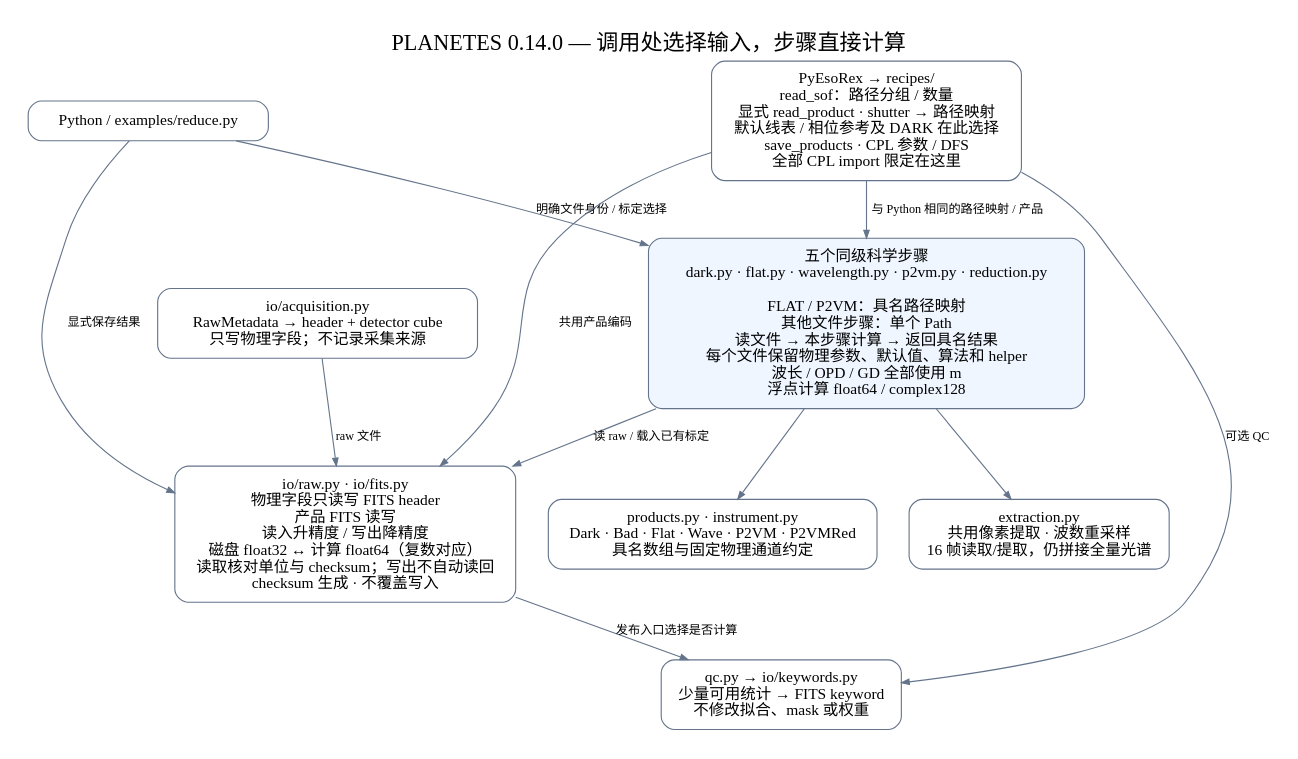
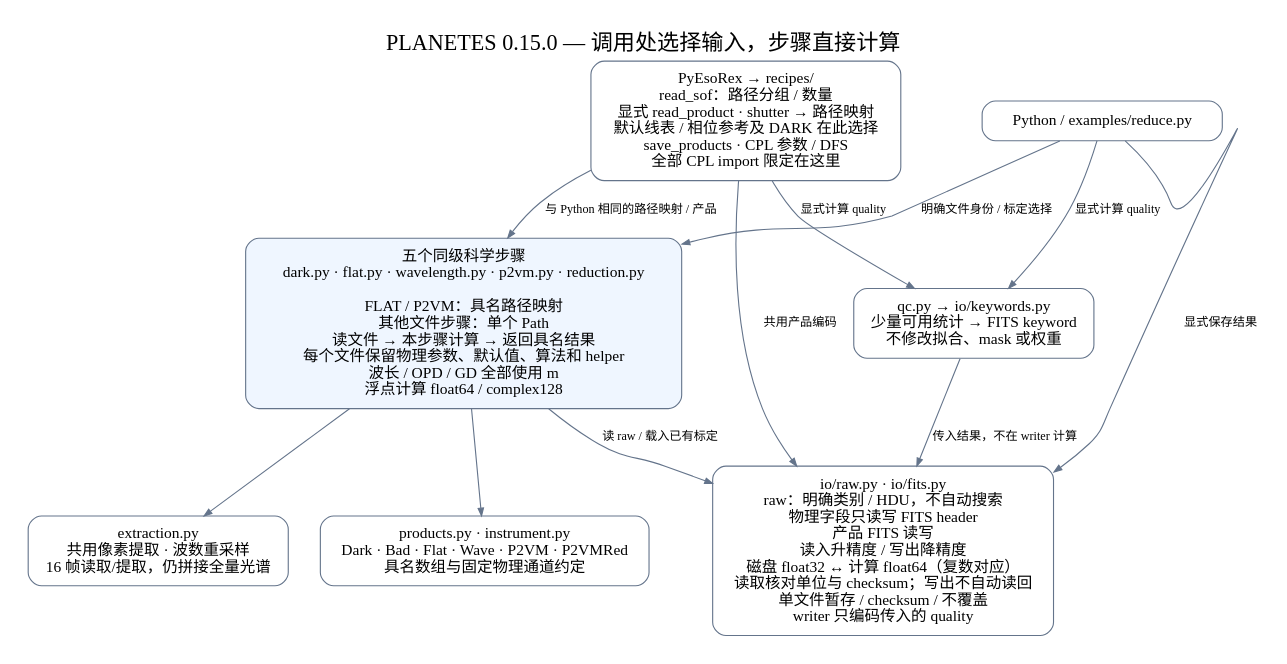
Before and after one commit to zexwu/planetes_pipe: the diagram in docs/architecture.dot, drawn with Graphviz. The commit also changed 40 other files, not shown here.

```diff
--- a/docs/architecture.dot
+++ b/docs/architecture.dot
@@ -1,24 +1,23 @@
 digraph Architecture {
-  graph [rankdir=TB, bgcolor="white", pad=0.25, nodesep=0.4, ranksep=0.55, fontname="PingFang SC", fontsize=20, label="PLANETES 0.14.0 — 调用处选择输入，步骤直接计算", labelloc=t];
+  graph [rankdir=TB, bgcolor="white", pad=0.25, nodesep=0.4, ranksep=0.55, fontname="PingFang SC", fontsize=20, label="PLANETES 0.15.0 — 调用处选择输入，步骤直接计算", labelloc=t];
   node [shape=box, style="rounded", fontname="PingFang SC", fontsize=14, color="#64748b", margin="0.16,0.12"];
   edge [fontname="PingFang SC", fontsize=11, color="#64748b", arrowsize=0.7];
   python [label="Python / examples/reduce.py"];
   recipes [label="PyEsoRex → recipes/\nread_sof：路径分组 / 数量\n显式 read_product · shutter → 路径映射\n默认线表 / 相位参考及 DARK 在此选择\nsave_products · CPL 参数 / DFS\n全部 CPL import 限定在这里"];
   steps [label="五个同级科学步骤\ndark.py · flat.py · wavelength.py · p2vm.py · reduction.py\n\nFLAT / P2VM：具名路径映射\n其他文件步骤：单个 Path\n读文件 → 本步骤计算 → 返回具名结果\n每个文件保留物理参数、默认值、算法和 helper\n波长 / OPD / GD 全部使用 m\n浮点计算 float64 / complex128", style="rounded,filled", fillcolor="#eff6ff"];
   extraction [label="extraction.py\n共用像素提取 · 波数重采样\n16 帧读取/提取，仍拼接全量光谱"];
-  io [label="io/raw.py · io/fits.py\n物理字段只读写 FITS header\n产品 FITS 读写\n读入升精度 / 写出降精度\n磁盘 float32 ↔ 计算 float64（复数对应）\n读取核对单位与 checksum；写出不自动读回\nchecksum 生成 · 不覆盖写入"];
-  acquisition [label="io/acquisition.py\nRawMetadata → header + detector cube\n只写物理字段；不记录采集来源"];
+  io [label="io/raw.py · io/fits.py\nraw：明确类别 / HDU，不自动搜索\n物理字段只读写 FITS header\n产品 FITS 读写\n读入升精度 / 写出降精度\n磁盘 float32 ↔ 计算 float64（复数对应）\n读取核对单位与 checksum；写出不自动读回\n单文件暂存 / checksum / 不覆盖\nwriter 只编码传入的 quality"];
   products [label="products.py · instrument.py\nDark · Bad · Flat · Wave · P2VM · P2VMRed\n具名数组与固定物理通道约定"];
   qc [label="qc.py → io/keywords.py\n少量可用统计 → FITS keyword\n不修改拟合、mask 或权重"];
   {rank=same; python; recipes;}
   python -> steps [label="明确文件身份 / 标定选择"];
   recipes -> steps [label="与 Python 相同的路径映射 / 产品"];
-  acquisition -> io [label="raw 文件"];
   steps -> extraction;
   steps -> products;
   steps -> io [label="读 raw / 载入已有标定"];
   python -> io [label="显式保存结果"];
   recipes -> io [label="共用产品编码"];
-  io -> qc [label="发布入口选择是否计算"];
-  recipes -> qc [label="可选 QC"];
+  python -> qc [label="显式计算 quality"];
+  qc -> io [label="传入结果，不在 writer 计算"];
+  recipes -> qc [label="显式计算 quality"];
 }
```
